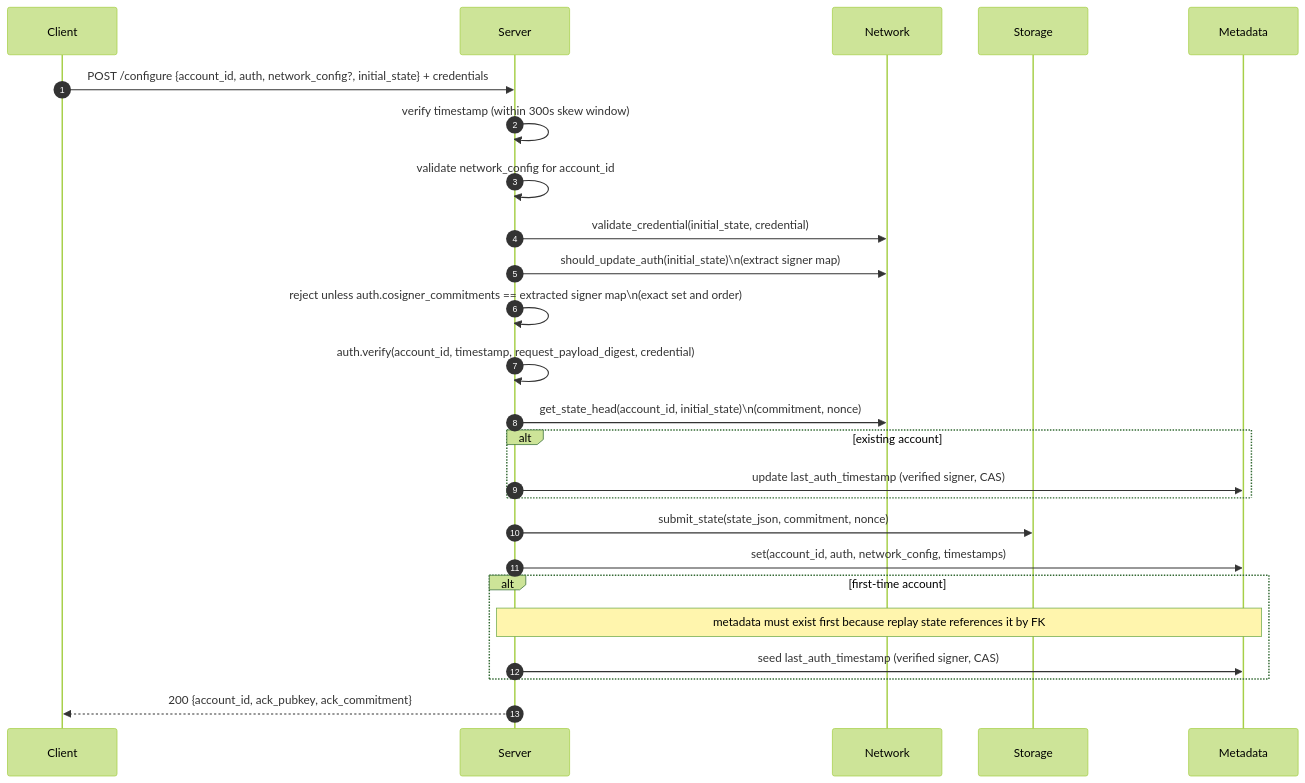
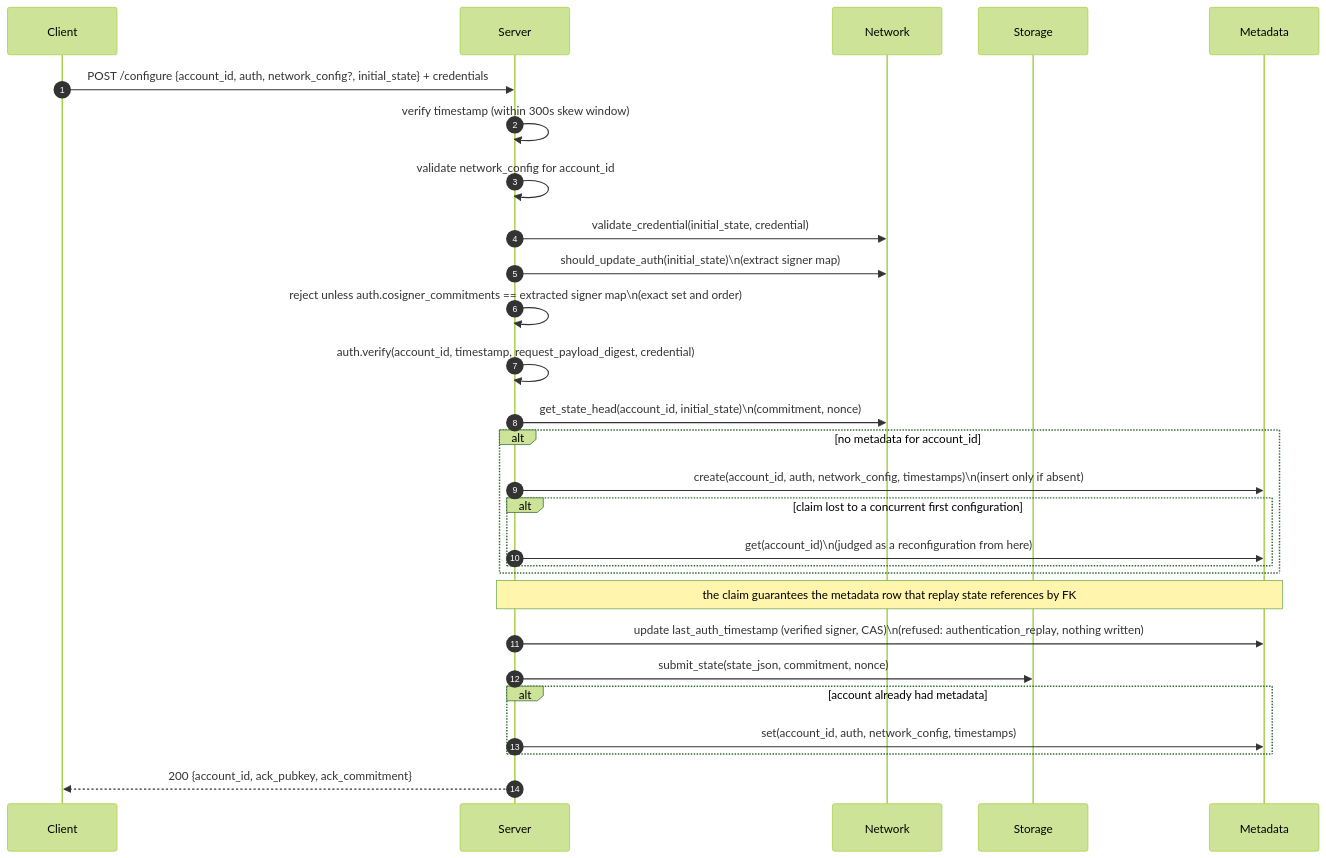
The first of 11 diagrams in spec/processes.md (OpenZeppelin/guardian), drawn with Mermaid (forest theme) before and after one commit. The commit also changed 9 other files, not shown here.

````diff
--- a/spec/processes.md
+++ b/spec/processes.md
@@ -20,27 +20,30 @@
 ```mermaid
 sequenceDiagram
   autonumber
   participant C as Client
   participant S as Server
   participant N as Network
   participant ST as Storage
   participant M as Metadata
   C->>S: POST /configure {account_id, auth, network_config?, initial_state} + credentials
   S->>S: verify timestamp (within 300s skew window)
   S->>S: validate network_config for account_id
   S->>N: validate_credential(initial_state, credential)
   S->>N: should_update_auth(initial_state)\n(extract signer map)
   S->>S: reject unless auth.cosigner_commitments == extracted signer map\n(exact set and order)
   S->>S: auth.verify(account_id, timestamp, request_payload_digest, credential)
   S->>N: get_state_head(account_id, initial_state)\n(commitment, nonce)
-  alt existing account
-    S->>M: update last_auth_timestamp (verified signer, CAS)
+  alt no metadata for account_id
+    S->>M: create(account_id, auth, network_config, timestamps)\n(insert only if absent)
+    alt claim lost to a concurrent first configuration
+      S->>M: get(account_id)\n(judged as a reconfiguration from here)
+    end
   end
+  Note over S,M: the claim guarantees the metadata row that replay state references by FK
+  S->>M: update last_auth_timestamp (verified signer, CAS)\n(refused: authentication_replay, nothing written)
   S->>ST: submit_state(state_json, commitment, nonce)
-  S->>M: set(account_id, auth, network_config, timestamps)
-  alt first-time account
-    Note over S,M: metadata must exist first because replay state references it by FK
-    S->>M: seed last_auth_timestamp (verified signer, CAS)
+  alt account already had metadata
+    S->>M: set(account_id, auth, network_config, timestamps)
   end
   S-->>C: 200 {account_id, ack_pubkey, ack_commitment}
 ```
````
